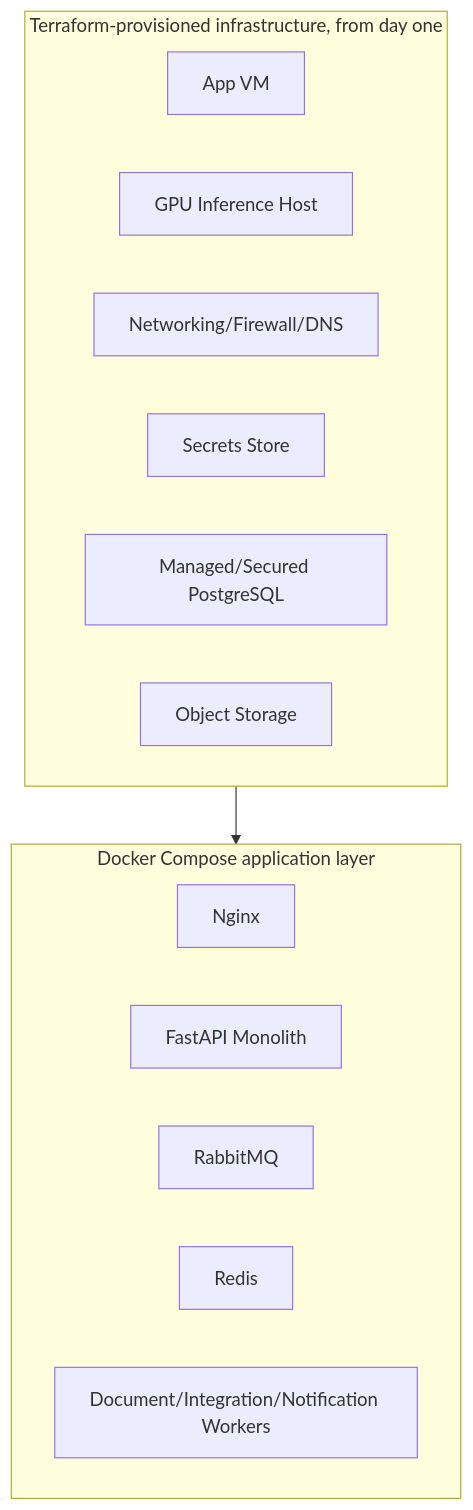
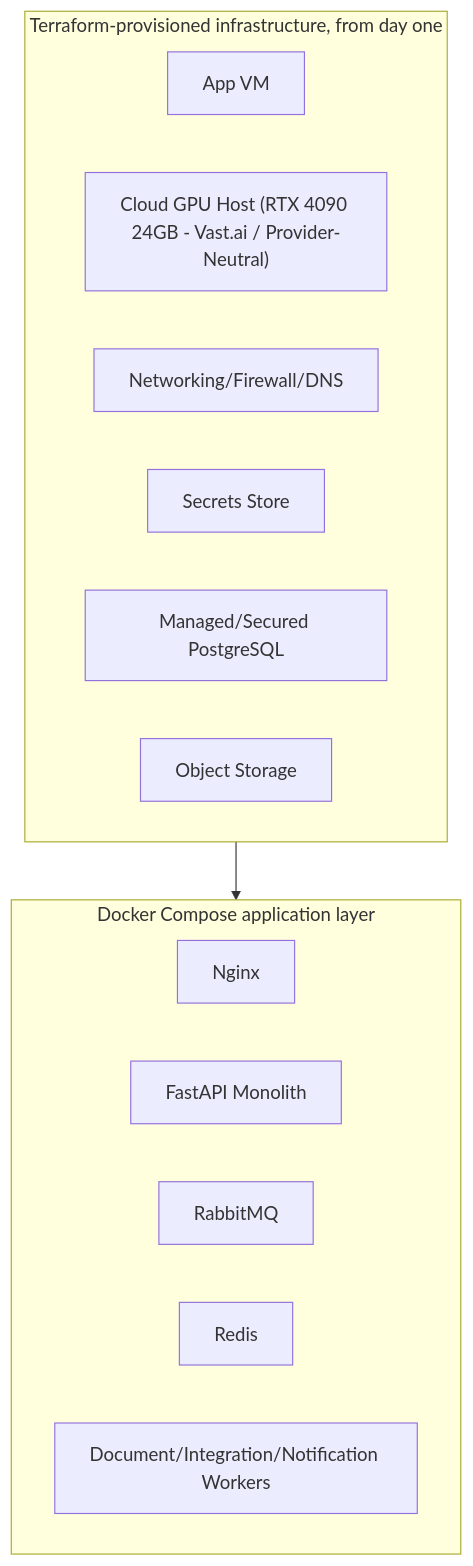
Before and after one commit to Oviya-Babu/SIH-26: the fifth of 6 diagrams in CLAUDE.md, drawn with Mermaid. The commit also changed other lines of this file, not shown here.

````diff
--- a/CLAUDE.md
+++ b/CLAUDE.md
@@ -749,19 +823,19 @@
 ```mermaid
 flowchart TB
     subgraph TF["Terraform-provisioned infrastructure, from day one"]
         VM1["App VM"]
-        VM2["GPU Inference Host"]
+        VM2["Cloud GPU Host (RTX 4090 24GB - Vast.ai / Provider-Neutral)"]
         Net["Networking/Firewall/DNS"]
         Sec["Secrets Store"]
         DB["Managed/Secured PostgreSQL"]
         Obj["Object Storage"]
     end
     subgraph Compose["Docker Compose application layer"]
         Nginx["Nginx"]
         API["FastAPI Monolith"]
         RMQ["RabbitMQ"]
         Redis["Redis"]
         Workers["Document/Integration/Notification Workers"]
     end
     TF --> Compose
 ```
````
